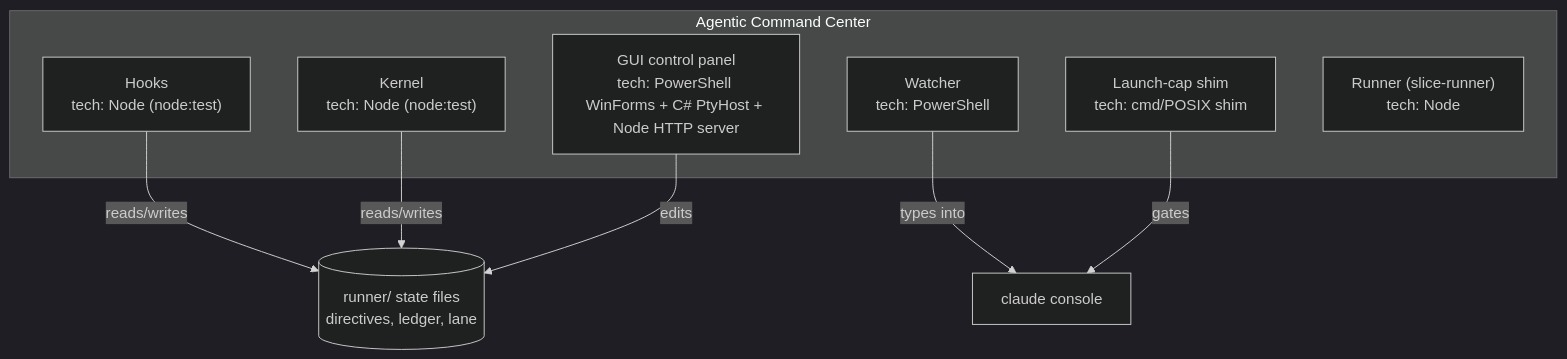
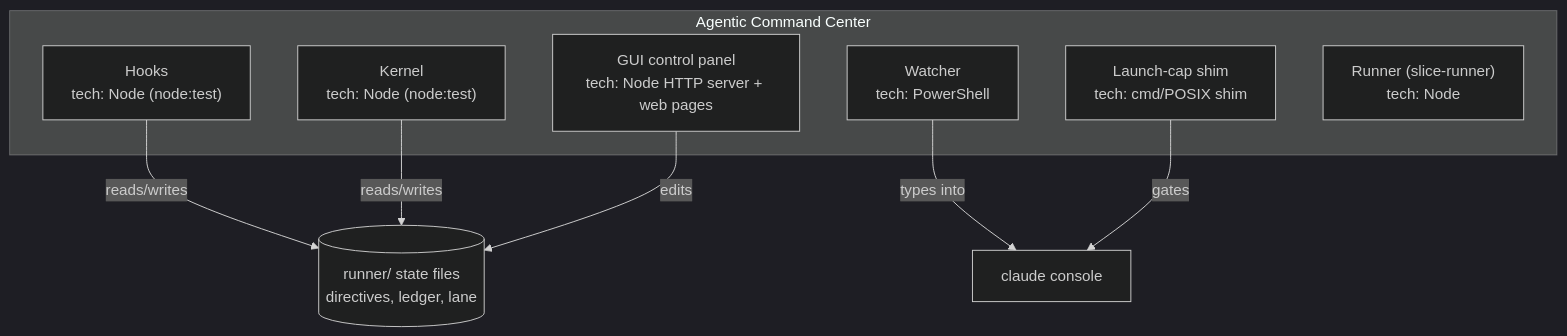
Before and after one commit to kgsmith19/agentic-command-center: the second of 2 diagrams in docs/SYSTEM-REQUIREMENTS.md, drawn with Mermaid (dark theme). The commit also changed other lines of this file and 71 other files, not shown here.

````diff
--- a/docs/SYSTEM-REQUIREMENTS.md
+++ b/docs/SYSTEM-REQUIREMENTS.md
@@ -41,16 +41,16 @@
 ```mermaid
 graph TB
     subgraph "Agentic Command Center"
         HOOKS["Hooks<br/>tech: Node (node:test)"]
         KERNEL["Kernel<br/>tech: Node (node:test)"]
-        GUI["GUI control panel<br/>tech: PowerShell WinForms + C# PtyHost + Node HTTP server"]
+        GUI["GUI control panel<br/>tech: Node HTTP server + web pages"]
         WATCHER["Watcher<br/>tech: PowerShell"]
         SHIM["Launch-cap shim<br/>tech: cmd/POSIX shim"]
         RUNNER["Runner (slice-runner)<br/>tech: Node"]
     end
     HOOKS -->|"reads/writes"| STATE[("runner/ state files<br/>directives, ledger, lane")]
     KERNEL -->|"reads/writes"| STATE
     GUI -->|"edits"| STATE
     WATCHER -->|"types into"| CLI2["claude console"]
     SHIM -->|"gates"| CLI2
 ```
````
